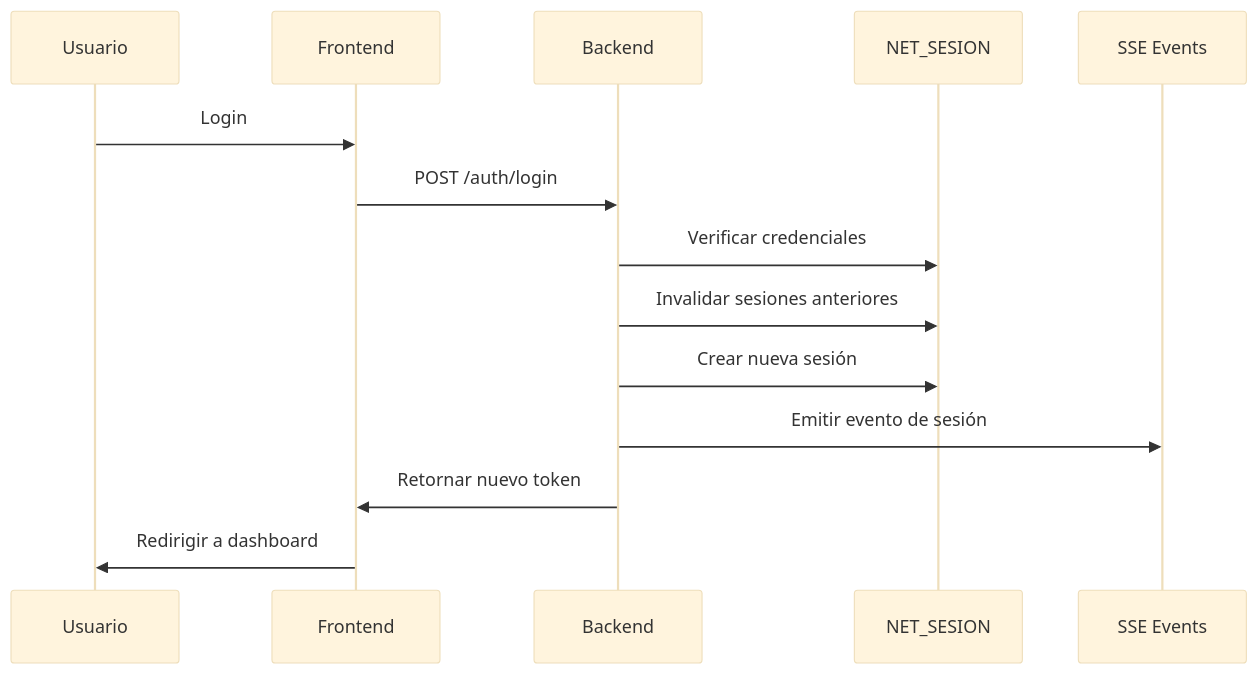
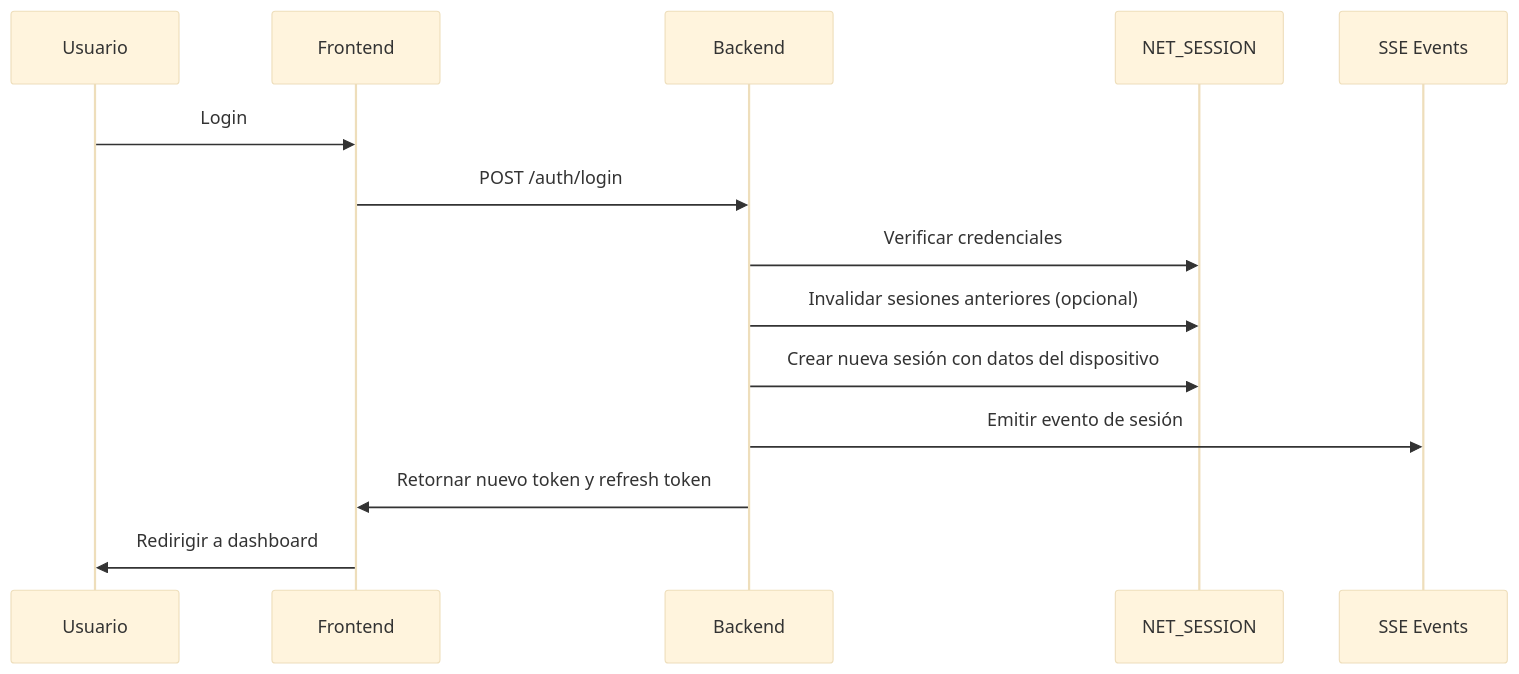
Before and after one commit to iamyare/INPRENET-main: the fourth of 6 diagrams in plan-implementacion-sso.md, drawn with Mermaid (base theme). The commit also changed other lines of this file, not shown here.

Commit message:
Actualizar la implementación de SSO para usar la tabla NET_SESSION y agregar soporte para refresh tokens

````diff
--- a/plan-implementacion-sso.md
+++ b/plan-implementacion-sso.md
@@ -172,17 +209,17 @@
 ```mermaid
 sequenceDiagram
     participant U as Usuario
     participant F as Frontend
     participant B as Backend
-    participant DB as NET_SESION
+    participant DB as NET_SESSION
     participant SSE as SSE Events
 
     U->>F: Login
     F->>B: POST /auth/login
     B->>DB: Verificar credenciales
-    B->>DB: Invalidar sesiones anteriores
-    B->>DB: Crear nueva sesión
+    B->>DB: Invalidar sesiones anteriores (opcional)
+    B->>DB: Crear nueva sesión con datos del dispositivo
     B->>SSE: Emitir evento de sesión
-    B->>F: Retornar nuevo token
+    B->>F: Retornar nuevo token y refresh token
     F->>U: Redirigir a dashboard
 ```
````
